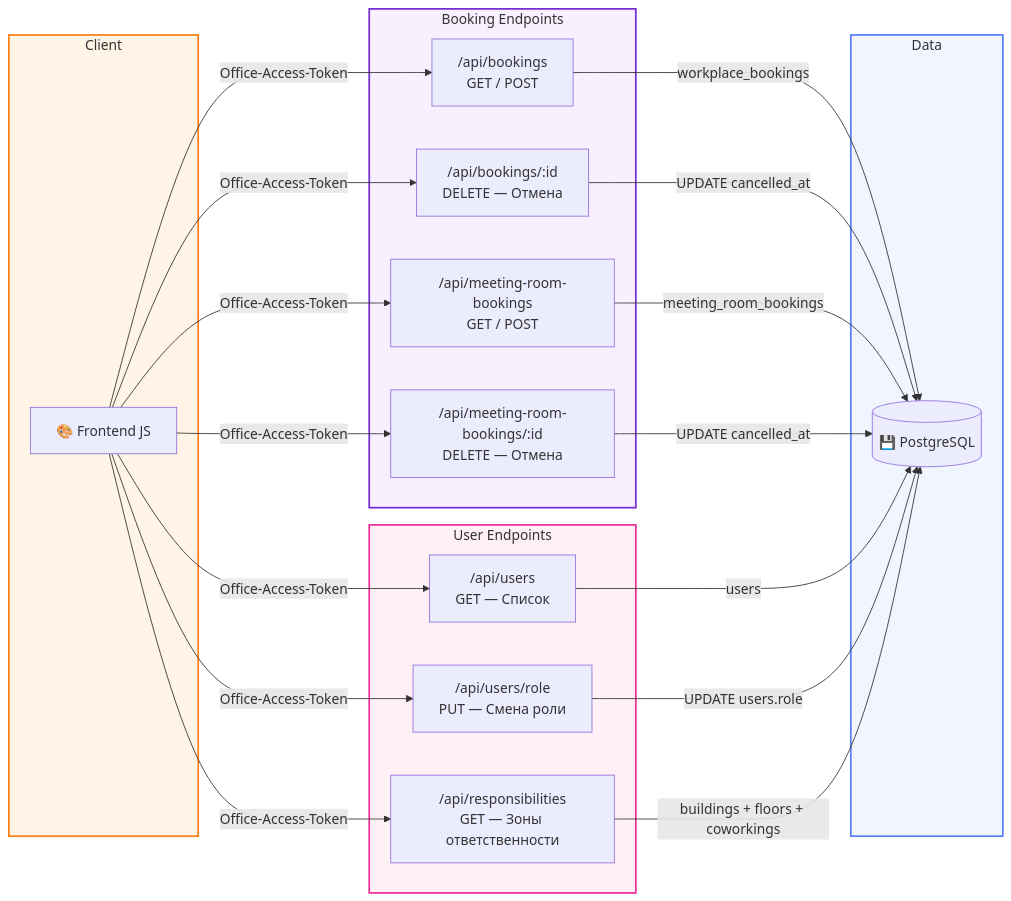
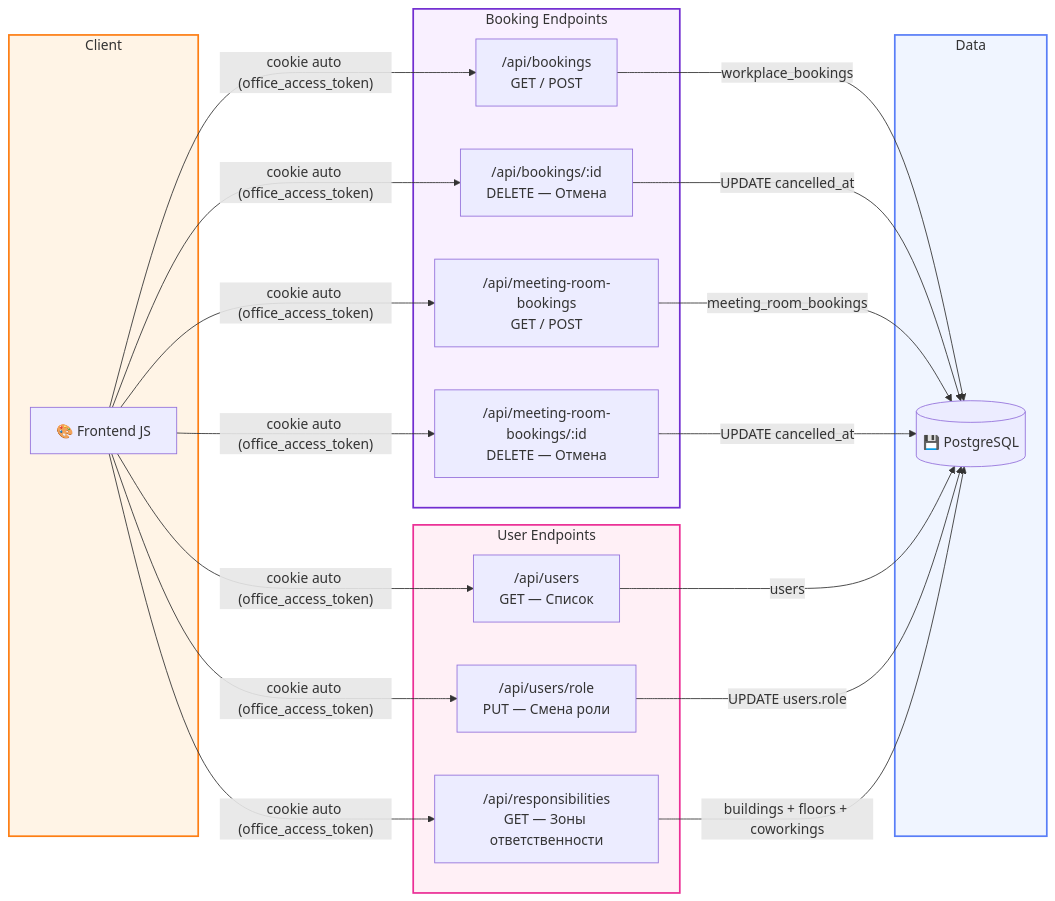
The fifth of 9 diagrams in DATA_FLOW_DIAGRAM.md (radiantbald/office-management), drawn with Mermaid before and after one commit. The commit also changed other lines of this file and 17 other files, not shown here.

````diff
--- a/DATA_FLOW_DIAGRAM.md
+++ b/DATA_FLOW_DIAGRAM.md
@@ -170,46 +170,46 @@
 ```mermaid
 graph LR
     subgraph Client
         JS["🎨 Frontend JS"]
     end
 
     subgraph BookingAPI["Booking Endpoints"]
         Bookings["/api/bookings\nGET / POST"]
         BookingSub["/api/bookings/:id\nDELETE — Отмена"]
         MRBook["/api/meeting-room-bookings\nGET / POST"]
         MRBookSub["/api/meeting-room-bookings/:id\nDELETE — Отмена"]
     end
 
     subgraph UserAPI["User Endpoints"]
         Users["/api/users\nGET — Список"]
         UserRole["/api/users/role\nPUT — Смена роли"]
         Resp["/api/responsibilities\nGET — Зоны ответственности"]
     end
 
     subgraph Data
         DB[("💾 PostgreSQL")]
     end
 
-    JS -- "Office-Access-Token" --> Bookings
-    JS -- "Office-Access-Token" --> BookingSub
-    JS -- "Office-Access-Token" --> MRBook
-    JS -- "Office-Access-Token" --> MRBookSub
+    JS -- "cookie auto (office_access_token)" --> Bookings
+    JS -- "cookie auto (office_access_token)" --> BookingSub
+    JS -- "cookie auto (office_access_token)" --> MRBook
+    JS -- "cookie auto (office_access_token)" --> MRBookSub
 
-    JS -- "Office-Access-Token" --> Users
-    JS -- "Office-Access-Token" --> UserRole
-    JS -- "Office-Access-Token" --> Resp
+    JS -- "cookie auto (office_access_token)" --> Users
+    JS -- "cookie auto (office_access_token)" --> UserRole
+    JS -- "cookie auto (office_access_token)" --> Resp
 
     Bookings -- "workplace_bookings" --> DB
     BookingSub -- "UPDATE cancelled_at" --> DB
     MRBook -- "meeting_room_bookings" --> DB
     MRBookSub -- "UPDATE cancelled_at" --> DB
 
     Users -- "users" --> DB
     UserRole -- "UPDATE users.role" --> DB
     Resp -- "buildings + floors + coworkings" --> DB
 
     style Client fill:#FFF4E6,stroke:#FD7E14,stroke-width:2px
     style BookingAPI fill:#F9F0FF,stroke:#722ED1,stroke-width:2px
     style UserAPI fill:#FFF0F6,stroke:#EB2F96,stroke-width:2px
     style Data fill:#F0F5FF,stroke:#597EF7,stroke-width:2px
 ```
````
